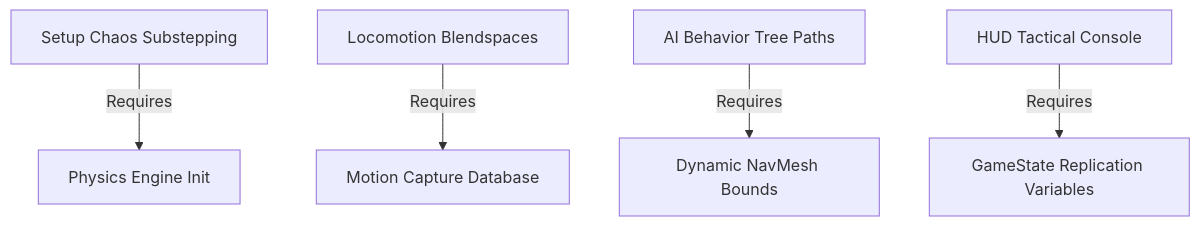
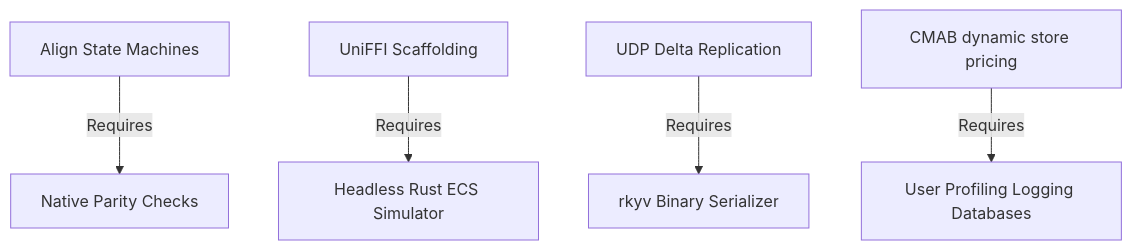
One commit to Hyperion-Corporation/Project-Mobile-Fortress changed the diagram in design/production_roadmap.md. Above: the diagram before and after it, drawn with Mermaid. The commit also changed other lines of this file and 9 other files, not shown here.

````diff
--- a/design/production_roadmap.md
+++ b/design/production_roadmap.md
@@ -61,7 +54,7 @@
 ```mermaid
 graph TD
-    A[Setup Chaos Substepping] -->|Requires| B[Physics Engine Init]
-    C[Locomotion Blendspaces] -->|Requires| D[Motion Capture Database]
-    E[AI Behavior Tree Paths] -->|Requires| F[Dynamic NavMesh Bounds]
-    G[HUD Tactical Console] -->|Requires| H[GameState Replication Variables]
+    A[Align State Machines] -->|Requires| B[Native Parity Checks]
+    C[UniFFI Scaffolding] -->|Requires| D[Headless Rust ECS Simulator]
+    E[UDP Delta Replication] -->|Requires| F[rkyv Binary Serializer]
+    G[CMAB dynamic store pricing] -->|Requires| H[User Profiling Logging Databases]
 ```
````
